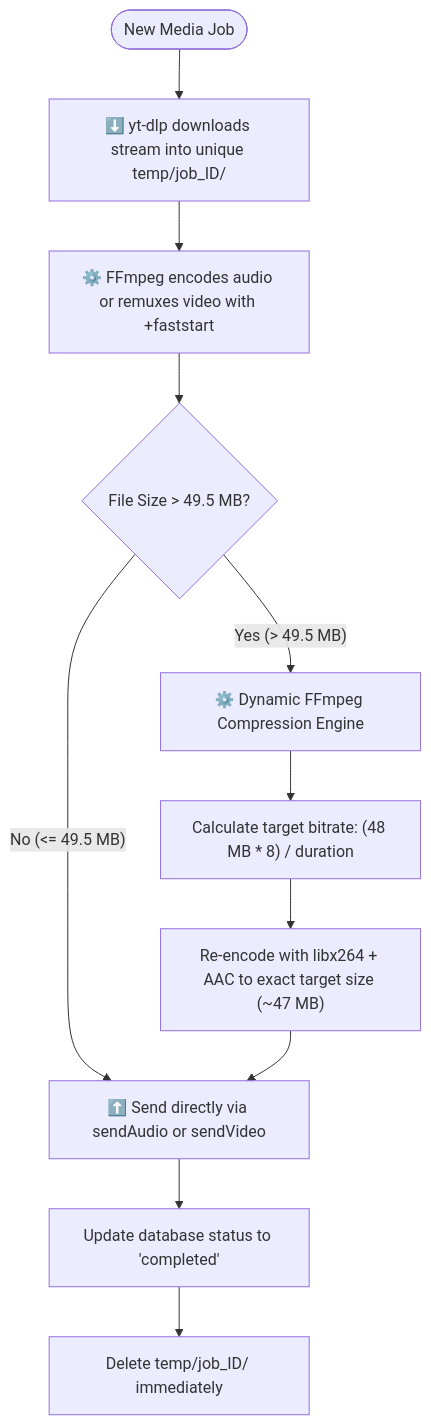
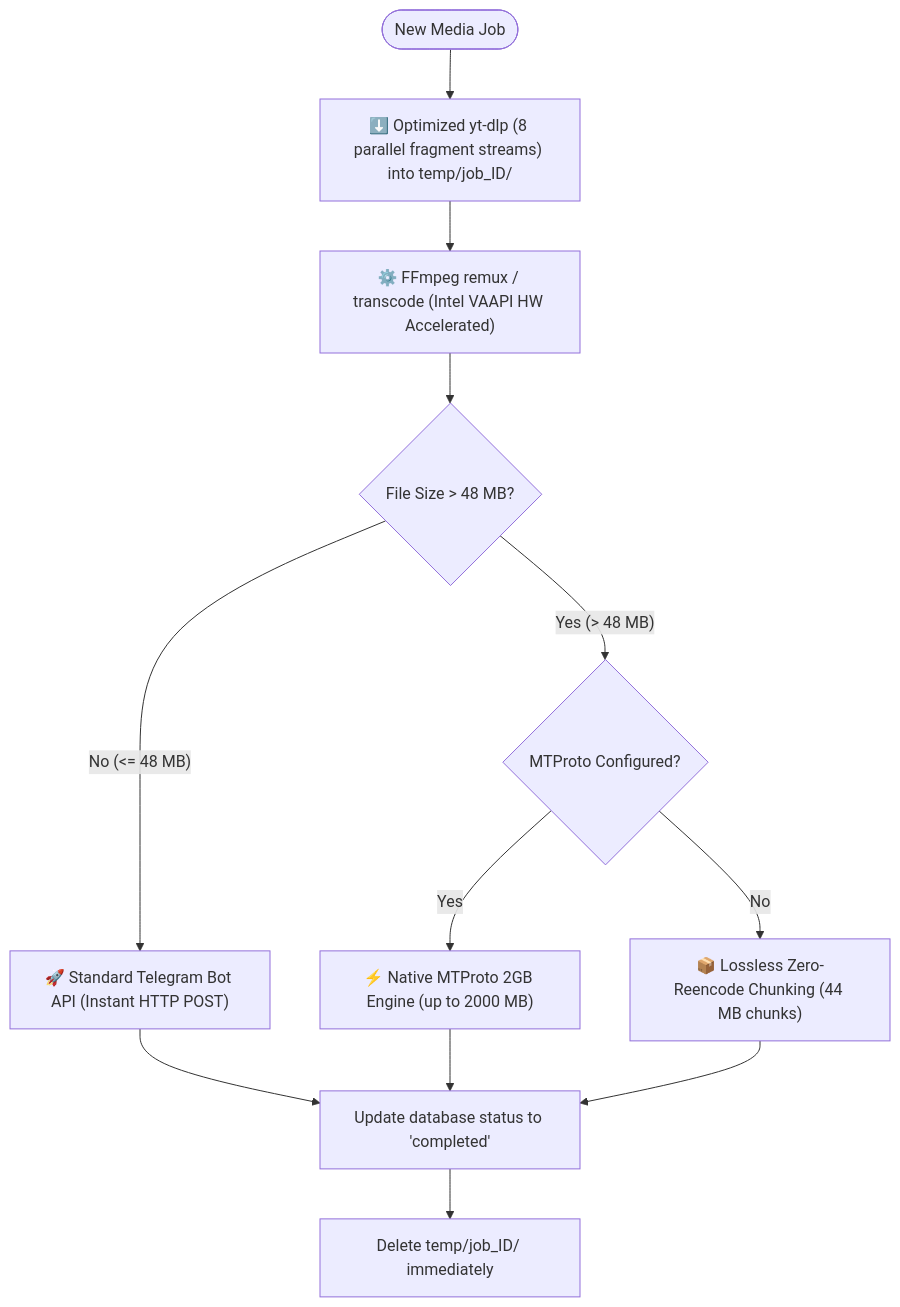
The second of 2 diagrams in README.md (chandan0000001/music-video_telegrambot), drawn with Mermaid before and after one commit. The commit also changed other lines of this file, not shown here.

Commit message:
docs: update README with MTProto 2GB, Intel VAAPI, in-flight cancel, rootless systemd, and 30-test suite

````diff
--- a/README.md
+++ b/README.md
@@ -84,16 +84,17 @@
 ```mermaid
 flowchart TD
-    JobStart([New Media Job]) --> Download["⬇️ yt-dlp downloads stream into unique temp/job_ID/"]
-    Download --> Remux["⚙️ FFmpeg encodes audio or remuxes video with +faststart"]
-    Remux --> ProbeSize{"File Size > 49.5 MB?"}
+    JobStart([New Media Job]) --> Download["⬇️ Optimized yt-dlp (8 parallel fragment streams) into temp/job_ID/"]
+    Download --> Remux["⚙️ FFmpeg remux / transcode (Intel VAAPI HW Accelerated)"]
+    Remux --> ProbeSize{"File Size > 48 MB?"}
     
-    ProbeSize -- "No (<= 49.5 MB)" --> DirectUpload["⬆️ Send directly via sendAudio or sendVideo"]
+    ProbeSize -- "No (<= 48 MB)" --> FastHTTP["🚀 Standard Telegram Bot API (Instant HTTP POST)"]
     
-    ProbeSize -- "Yes (> 49.5 MB)" --> AutoCompress["⚙️ Dynamic FFmpeg Compression Engine"]
-    AutoCompress --> CalcBitrate["Calculate target bitrate: (48 MB * 8) / duration"]
-    CalcBitrate --> Transcode["Re-encode with libx264 + AAC to exact target size (~47 MB)"]
-    Transcode --> DirectUpload
+    ProbeSize -- "Yes (> 48 MB)" --> CheckMTProto{"MTProto Configured?"}
+    CheckMTProto -- "Yes" --> MTProto2GB["⚡ Native MTProto 2GB Engine (up to 2000 MB)"]
+    CheckMTProto -- "No" --> AutoChunk["📦 Lossless Zero-Reencode Chunking (44 MB chunks)"]
     
-    DirectUpload --> DBStatus["Update database status to 'completed'"]
+    FastHTTP --> DBStatus["Update database status to 'completed'"]
+    MTProto2GB --> DBStatus
+    AutoChunk --> DBStatus
     DBStatus --> FinalClean["Delete temp/job_ID/ immediately"]
 ```
````
